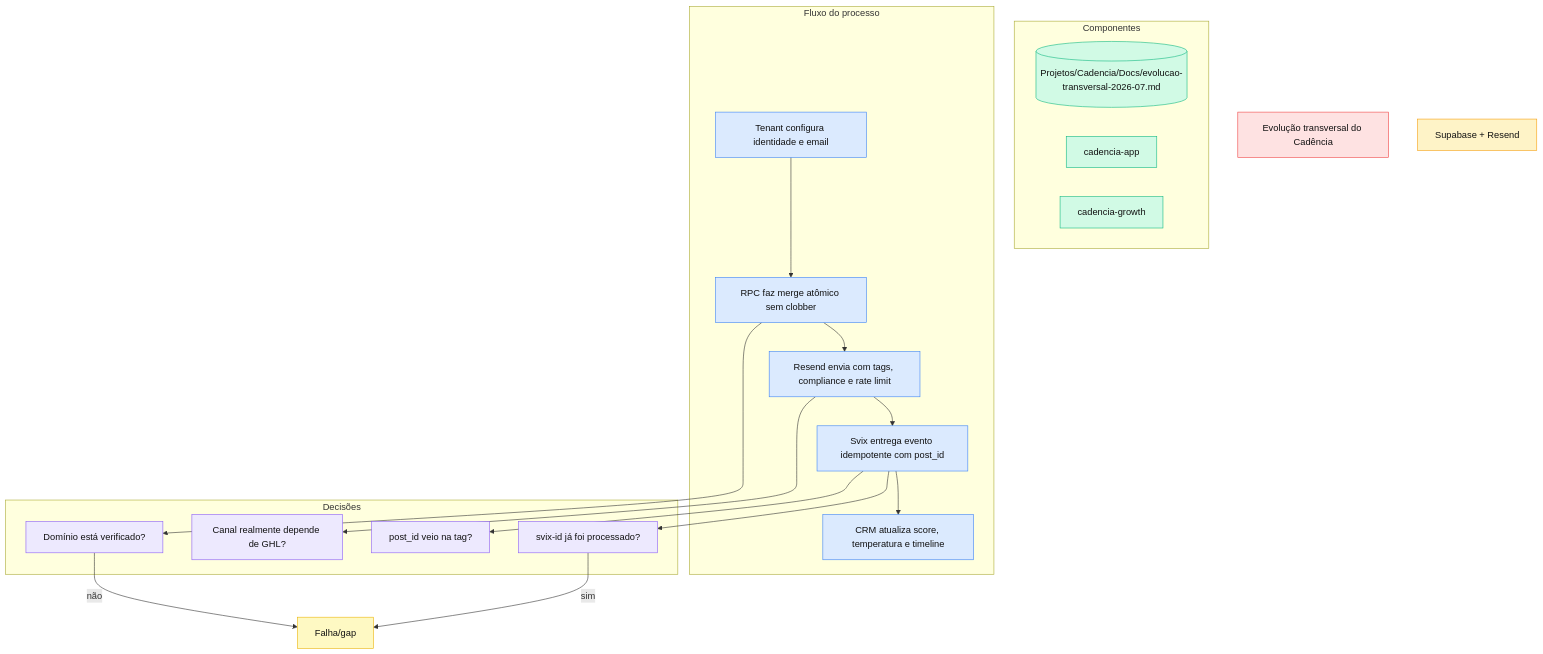
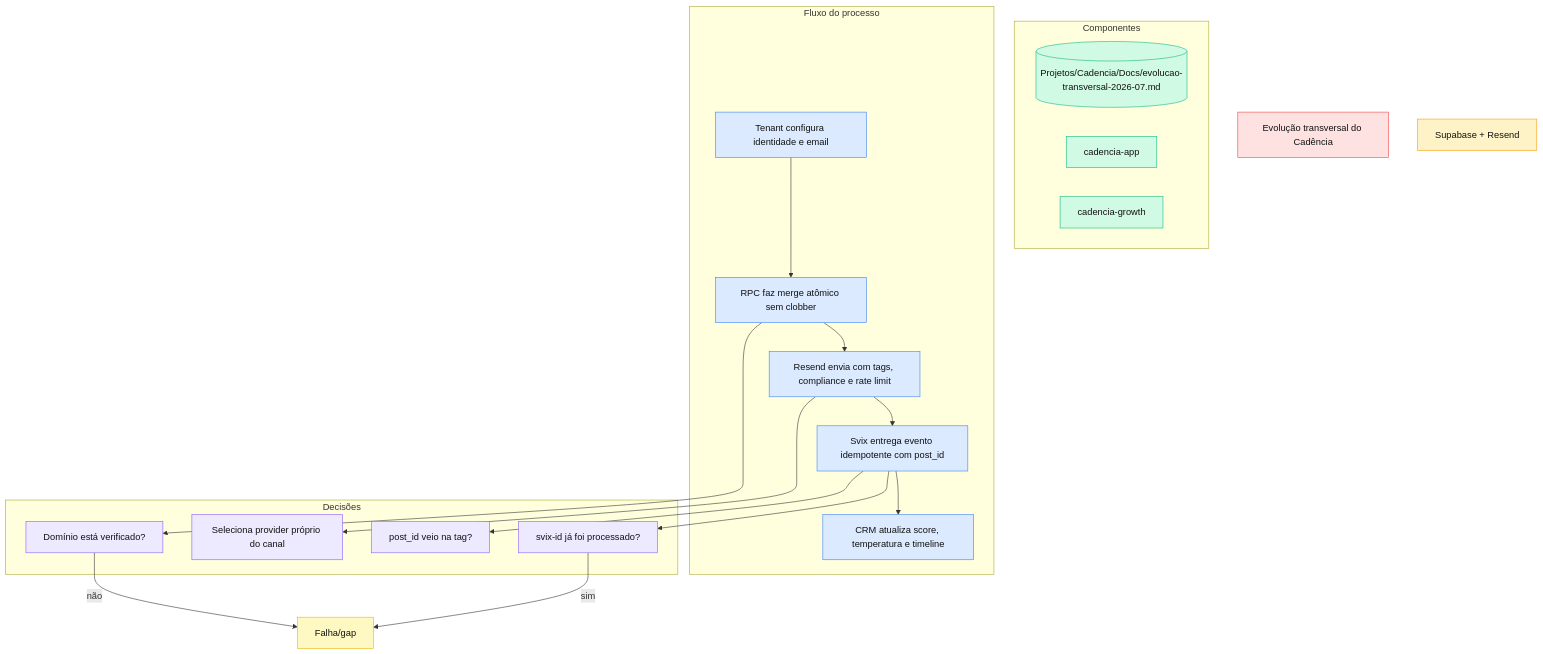
One commit to Posicionamento-Digital/cadencia-docs changed the diagram in docs/cadencia-app/evolucao-transversal-2026-07.md. Above: the diagram before and after it, drawn with Mermaid. The commit also changed other lines of this file and 98 other files, not shown here.

````diff
--- a/docs/cadencia-app/evolucao-transversal-2026-07.md
+++ b/docs/cadencia-app/evolucao-transversal-2026-07.md
@@ -23,51 +23,51 @@
 ```mermaid
 flowchart TD
     classDef core fill:#FEE2E2,stroke:#EF4444,color:#111
     classDef external fill:#FEF3C7,stroke:#F59E0B,color:#111
     classDef warning fill:#FEF9C3,stroke:#EAB308,color:#111
     classDef decision fill:#EDE9FE,stroke:#8B5CF6,color:#111
     classDef flow fill:#DBEAFE,stroke:#3B82F6,color:#111
     classDef component fill:#D1FAE5,stroke:#10B981,color:#111
 
     subgraph SG_component["Componentes"]
         doc[("Projetos/Cadencia/Docs/evolucao-transversal-2026-07.md")]
         app["cadencia-app"]
         growth["cadencia-growth"]
     end
     class doc,app,growth component
 
     subgraph SG_flow["Fluxo do processo"]
         configure["Tenant configura identidade e email"]
         merge["RPC faz merge atômico sem clobber"]
         send["Resend envia com tags, compliance e rate limit"]
         event["Svix entrega evento idempotente com post_id"]
         crm["CRM atualiza score, temperatura e timeline"]
     end
     class configure,merge,send,event,crm flow
 
     subgraph SG_decision["Decisões"]
         verified["Domínio está verificado?"]
         duplicate["svix-id já foi processado?"]
         tag["post_id veio na tag?"]
-        provider["Canal realmente depende de GHL?"]
+        provider["Seleciona provider próprio do canal"]
     end
     class verified,duplicate,tag,provider decision
 
     title["Evolução transversal do Cadência"]
     class title core
     data["Supabase + Resend"]
     class data external
     risk["Falha/gap"]
     class risk warning
 
     configure --> merge
     merge --> send
     send --> event
     event --> crm
     merge --> verified
     event --> duplicate
     event --> tag
     send --> provider
     verified -->|"não"| risk
     duplicate -->|"sim"| risk
 ```
````
